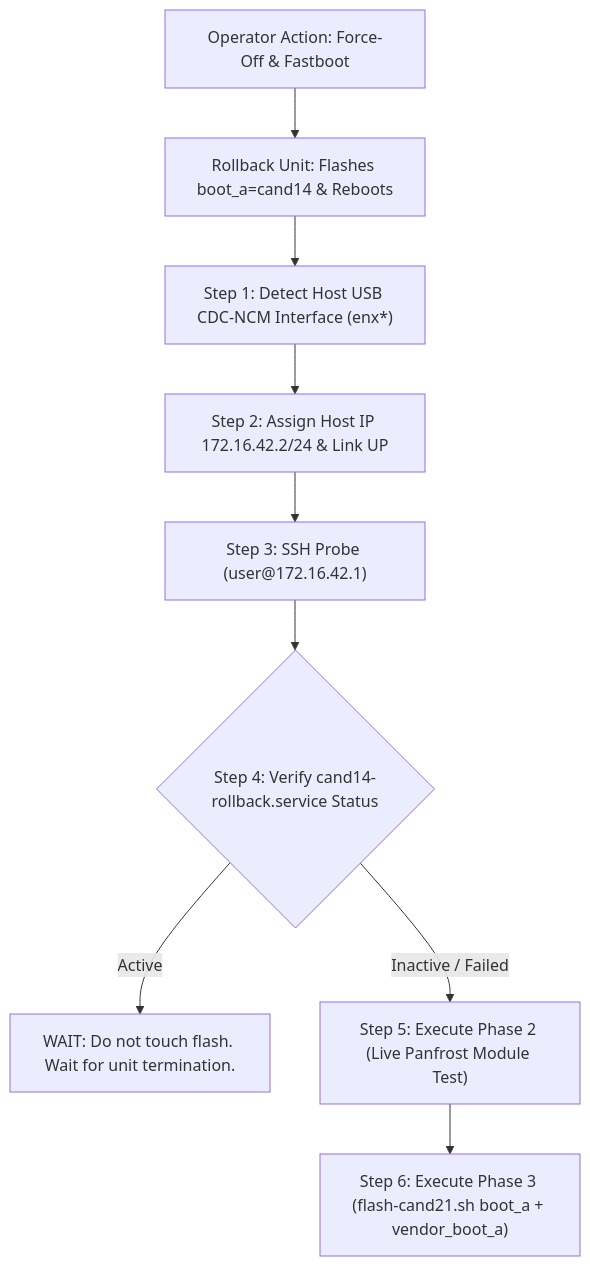
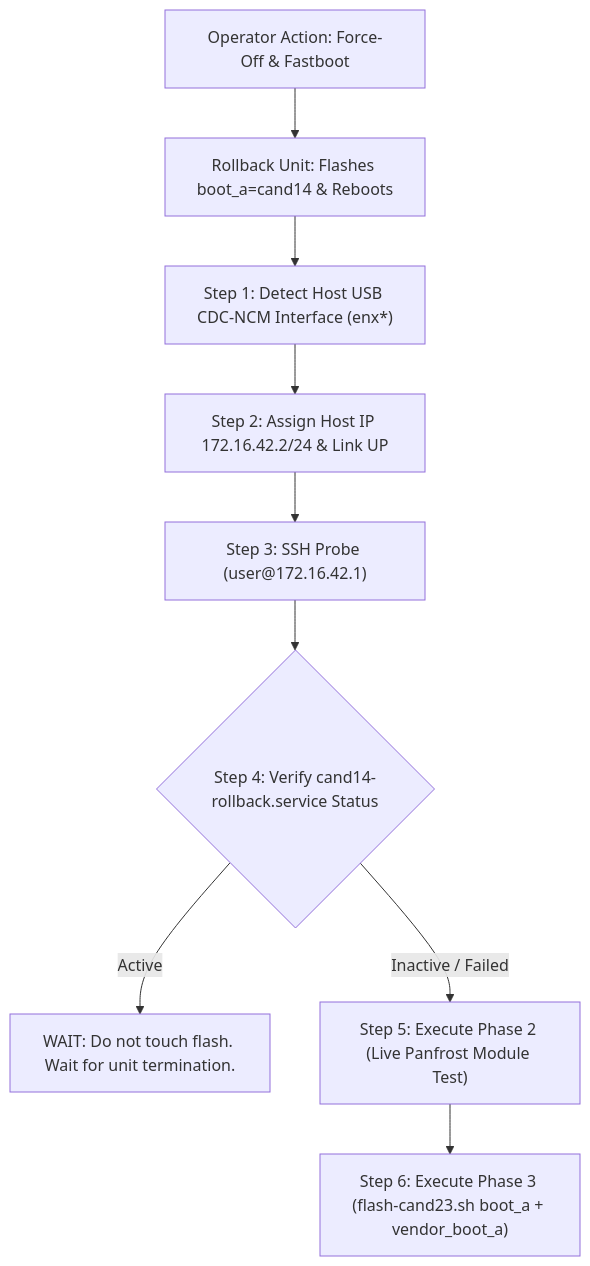
The diagram in Documentation/gs101/evidence/issue11-gpu/recovery-trigger-checklist.md (omnipha/linux-google-gs101), drawn with Mermaid before and after one commit. The commit also changed other lines of this file and 2 other files, not shown here.

Commit message:
docs(gs101): consolidate WLAN/BT bundle and update runbooks for cand23

````diff
--- a/Documentation/gs101/evidence/issue11-gpu/recovery-trigger-checklist.md
+++ b/Documentation/gs101/evidence/issue11-gpu/recovery-trigger-checklist.md
@@ -21,11 +21,11 @@
 ```mermaid
 flowchart TD
     A["Operator Action: Force-Off & Fastboot"] --> B["Rollback Unit: Flashes boot_a=cand14 & Reboots"]
     B --> C["Step 1: Detect Host USB CDC-NCM Interface (enx*)"]
     C --> D["Step 2: Assign Host IP 172.16.42.2/24 & Link UP"]
     D --> E["Step 3: SSH Probe (user@172.16.42.1)"]
     E --> F{"Step 4: Verify cand14-rollback.service Status"}
     F -->|Active| G["WAIT: Do not touch flash. Wait for unit termination."]
     F -->|Inactive / Failed| H["Step 5: Execute Phase 2 (Live Panfrost Module Test)"]
-    H --> I["Step 6: Execute Phase 3 (flash-cand21.sh boot_a + vendor_boot_a)"]
+    H --> I["Step 6: Execute Phase 3 (flash-cand23.sh boot_a + vendor_boot_a)"]
 ```
````
